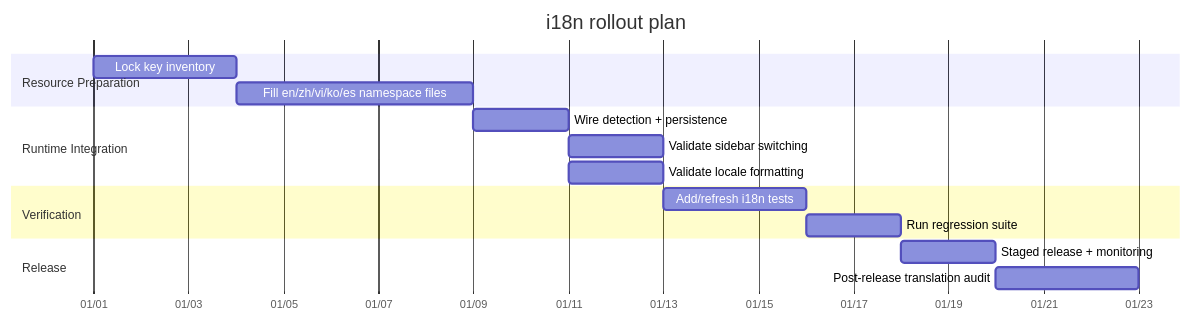
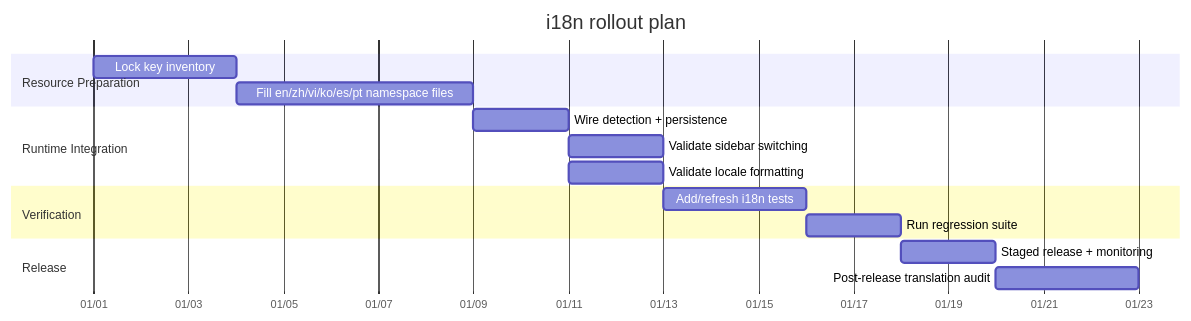
One commit to hoangsonww/Claude-Code-Agent-Monitor changed the seventh of 7 diagrams in docs/I18N.md. Above: the diagram before and after it, drawn with Mermaid. The commit also changed other lines of this file and 27 other files, not shown here.

````diff
--- a/docs/I18N.md
+++ b/docs/I18N.md
@@ -307,23 +313,23 @@
 ```mermaid
 gantt
     title i18n rollout plan
     dateFormat  YYYY-MM-DD
     axisFormat  %m/%d
 
     section Resource Preparation
     Lock key inventory              :a1, 2026-01-01, 3d
-    Fill en/zh/vi/ko/es namespace files   :a2, after a1, 5d
+    Fill en/zh/vi/ko/es/pt namespace files   :a2, after a1, 5d
 
     section Runtime Integration
     Wire detection + persistence    :b1, after a2, 2d
     Validate sidebar switching      :b2, after b1, 2d
     Validate locale formatting      :b3, after b1, 2d
 
     section Verification
     Add/refresh i18n tests          :c1, after b2, 3d
     Run regression suite            :c2, after c1, 2d
 
     section Release
     Staged release + monitoring     :d1, after c2, 2d
     Post-release translation audit  :d2, after d1, 3d
 ```
````
